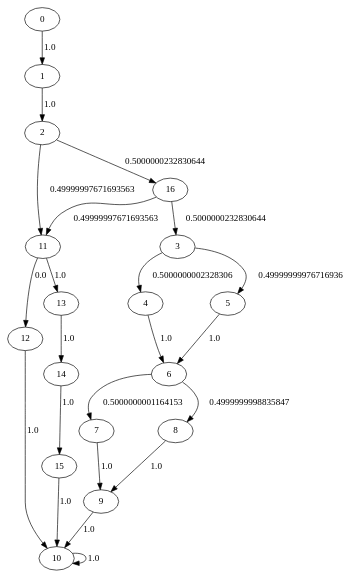
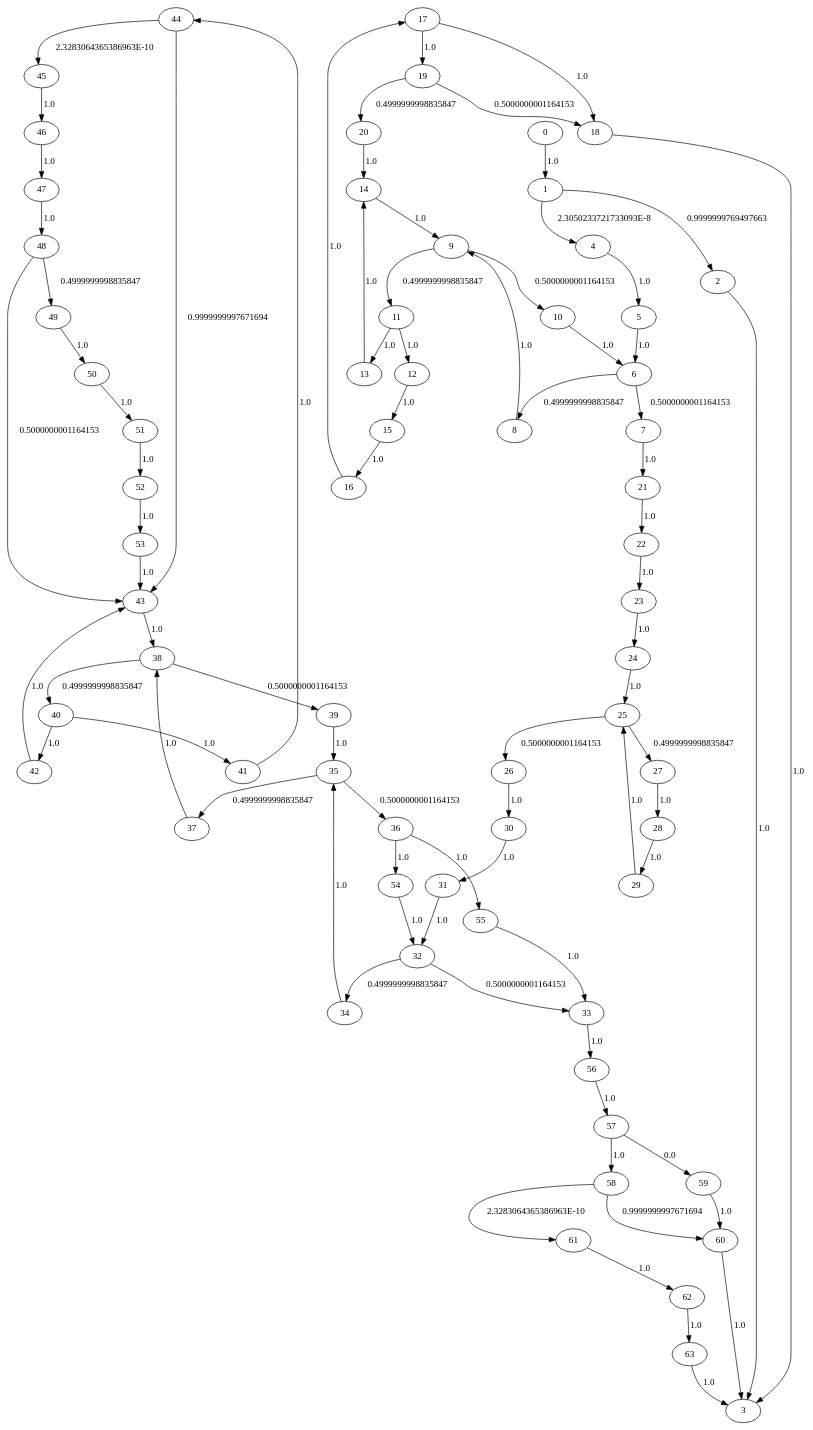
Before and after one commit to seemantasaha/DependencyAnalysis: the diagram in LMain_test.dot, drawn with Graphviz. The commit also changed 15 other files, not shown here.

```diff
--- a/LMain_test.dot
+++ b/LMain_test.dot
@@ -1,24 +1,81 @@
 digraph {
-	11 -> 12[label= "0.0"];
+	44 -> 43[label= "0.9999999997671694"];
+	44 -> 45[label= "2.3283064365386963E-10"];
+	45 -> 46[label= "1.0"];
+	46 -> 47[label= "1.0"];
+	47 -> 48[label= "1.0"];
+	48 -> 43[label= "0.5000000001164153"];
+	48 -> 49[label= "0.4999999998835847"];
+	49 -> 50[label= "1.0"];
+	50 -> 51[label= "1.0"];
+	51 -> 52[label= "1.0"];
+	52 -> 53[label= "1.0"];
+	53 -> 43[label= "1.0"];
+	10 -> 6[label= "1.0"];
+	54 -> 32[label= "1.0"];
+	11 -> 12[label= "1.0"];
 	11 -> 13[label= "1.0"];
-	12 -> 10[label= "1.0"];
+	55 -> 33[label= "1.0"];
+	12 -> 15[label= "1.0"];
+	56 -> 57[label= "1.0"];
 	13 -> 14[label= "1.0"];
-	14 -> 15[label= "1.0"];
-	15 -> 10[label= "1.0"];
-	16 -> 11[label= "0.49999997671693563"];
-	16 -> 3[label= "0.5000000232830644"];
+	57 -> 58[label= "1.0"];
+	57 -> 59[label= "0.0"];
+	14 -> 9[label= "1.0"];
+	58 -> 60[label= "0.9999999997671694"];
+	58 -> 61[label= "2.3283064365386963E-10"];
+	15 -> 16[label= "1.0"];
+	59 -> 60[label= "1.0"];
+	16 -> 17[label= "1.0"];
+	17 -> 18[label= "1.0"];
+	17 -> 19[label= "1.0"];
+	18 -> 3[label= "1.0"];
+	19 -> 20[label= "0.4999999998835847"];
+	19 -> 18[label= "0.5000000001164153"];
 	0 -> 1[label= "1.0"];
-	1 -> 2[label= "1.0"];
-	2 -> 11[label= "0.49999997671693563"];
-	2 -> 16[label= "0.5000000232830644"];
-	3 -> 4[label= "0.5000000002328306"];
-	3 -> 5[label= "0.49999999976716936"];
-	4 -> 6[label= "1.0"];
+	1 -> 4[label= "2.3050233721733093E-8"];
+	1 -> 2[label= "0.9999999769497663"];
+	2 -> 3[label= "1.0"];
+	4 -> 5[label= "1.0"];
 	5 -> 6[label= "1.0"];
 	6 -> 7[label= "0.5000000001164153"];
 	6 -> 8[label= "0.4999999998835847"];
-	7 -> 9[label= "1.0"];
+	7 -> 21[label= "1.0"];
 	8 -> 9[label= "1.0"];
-	9 -> 10[label= "1.0"];
-	10 -> 10[label= "1.0"];
+	9 -> 10[label= "0.5000000001164153"];
+	9 -> 11[label= "0.4999999998835847"];
+	60 -> 3[label= "1.0"];
+	61 -> 62[label= "1.0"];
+	62 -> 63[label= "1.0"];
+	63 -> 3[label= "1.0"];
+	20 -> 14[label= "1.0"];
+	21 -> 22[label= "1.0"];
+	22 -> 23[label= "1.0"];
+	23 -> 24[label= "1.0"];
+	24 -> 25[label= "1.0"];
+	25 -> 26[label= "0.5000000001164153"];
+	25 -> 27[label= "0.4999999998835847"];
+	26 -> 30[label= "1.0"];
+	27 -> 28[label= "1.0"];
+	28 -> 29[label= "1.0"];
+	29 -> 25[label= "1.0"];
+	30 -> 31[label= "1.0"];
+	31 -> 32[label= "1.0"];
+	32 -> 33[label= "0.5000000001164153"];
+	32 -> 34[label= "0.4999999998835847"];
+	33 -> 56[label= "1.0"];
+	34 -> 35[label= "1.0"];
+	35 -> 36[label= "0.5000000001164153"];
+	35 -> 37[label= "0.4999999998835847"];
+	36 -> 54[label= "1.0"];
+	36 -> 55[label= "1.0"];
+	37 -> 38[label= "1.0"];
+	38 -> 39[label= "0.5000000001164153"];
+	38 -> 40[label= "0.4999999998835847"];
+	39 -> 35[label= "1.0"];
+	40 -> 41[label= "1.0"];
+	40 -> 42[label= "1.0"];
+	41 -> 44[label= "1.0"];
+	42 -> 43[label= "1.0"];
+	43 -> 38[label= "1.0"];
 }
```
